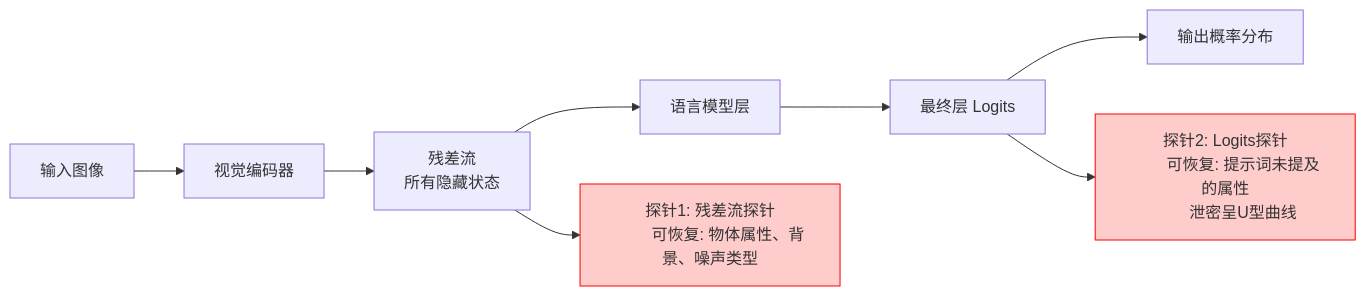
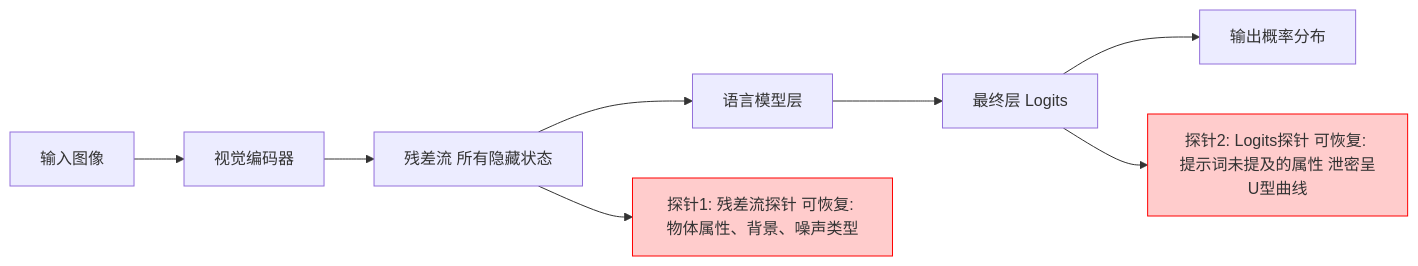
One commit to Lyr-GW/interview-docs changed the diagram in docs/topics/llm-probing.md. Above: the diagram before and after it, drawn with Mermaid. The commit also changed 6 other files, not shown here.

Commit message:
fix: collapse multiline mermaid labels to single line

````diff
--- a/docs/topics/llm-probing.md
+++ b/docs/topics/llm-probing.md
@@ -46,18 +46,14 @@
 ```mermaid
 graph LR
     A[输入图像] --> B[视觉编码器]
-    B --> C[残差流
-        所有隐藏状态]
+    B --> C[残差流 所有隐藏状态]
     C --> D[语言模型层]
     D --> E[最终层 Logits]
     E --> F[输出概率分布]
     
-    C --> G[探针1: 残差流探针
-        可恢复: 物体属性、背景、噪声类型]
-    E --> H[探针2: Logits探针
-        可恢复: 提示词未提及的属性
-        泄密呈U型曲线]
+    C --> G[探针1: 残差流探针 可恢复: 物体属性、背景、噪声类型]
+    E --> H[探针2: Logits探针 可恢复: 提示词未提及的属性 泄密呈U型曲线]
     
     style G fill:#ffcccc,stroke:#ff0000
     style H fill:#ffcccc,stroke:#ff0000
 ```
````
